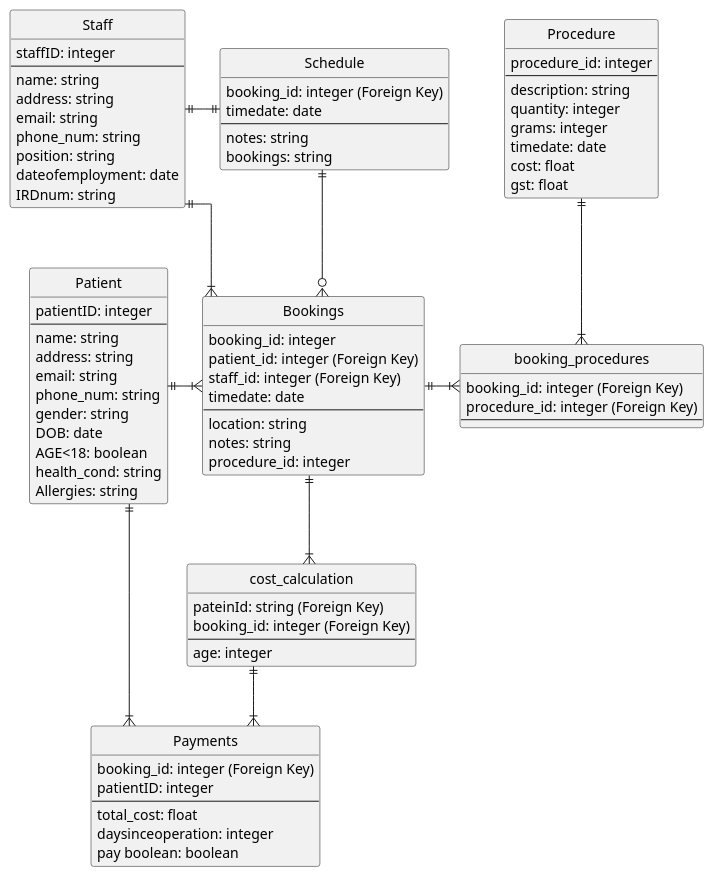
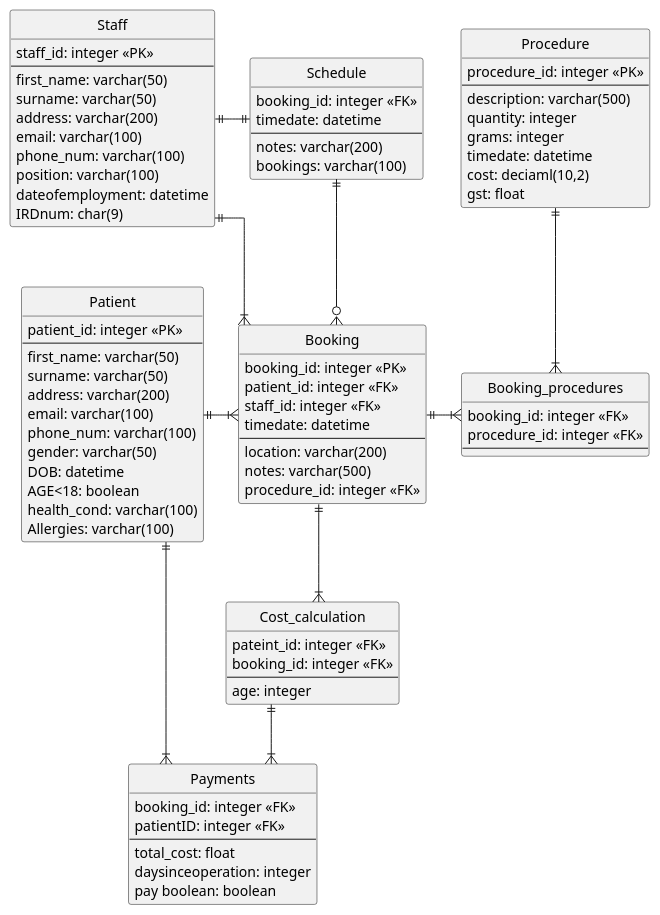
One commit to yosyu218/COSC344 changed the diagram in ERD.puml. Above: the diagram before and after it, drawn with PlantUML.

Commit message:
Changed the types for each entity.

```diff
--- a/ERD.puml
+++ b/ERD.puml
@@ -1,93 +1,97 @@
 @startuml
 skinparam Style StrictUML
 skinparam Linetype ortho 
 
 
 
-class Patient {
-    patientID: integer 
+entity "Patient" as patient {
+    patient_id: integer <<PK>>
     --
-    name: string
-    address: string
-    email: string
-    phone_num: string
-    gender: string
-    DOB: date
+    first_name: varchar(50)
+    surname: varchar(50)
+    address: varchar(200)
+    email: varchar(100)
+    phone_num: varchar(100)
+    gender: varchar(50)
+    DOB: datetime
     AGE<18: boolean
-    health_cond: string
-    Allergies: string
+    health_cond: varchar(100)
+    Allergies: varchar(100)
 }
 
-class Staff {
-    staffID: integer
+entity "Staff" as staff {
+    staff_id: integer <<PK>>
     --
-    name: string
-    address: string
-    email: string
-    phone_num: string
-    position: string
-    dateofemployment: date
-    IRDnum: string
+    first_name: varchar(50)
+    surname: varchar(50)
+    address: varchar(200) 
+    email: varchar(100)
+    phone_num: varchar(100)
+    position: varchar(100)
+    dateofemployment: datetime
+    IRDnum: char(9)
+    ' IRDnum is either 8 or 9 digits however, if its 8 an 0 is added at the front making it a 9 digit number
 }
 
-class Bookings {
-    booking_id: integer
-    patient_id: integer (Foreign Key)
-    staff_id: integer (Foreign Key)
-    timedate: date
+entity "Booking" as booking {
+    booking_id: integer <<PK>>
+    patient_id: integer <<FK>>
+    staff_id: integer <<FK>>
+    timedate: datetime
     --
-    location: string
-    notes: string
-    procedure_id: integer
+    location: varchar(200)
+    notes: varchar(500)
+    procedure_id: integer <<FK>>
 }
 
-class Procedure {
-    procedure_id: integer
+entity "Procedure" as procedure {
+    procedure_id: integer <<PK>>
     --
-    description: string
+    description: varchar(500)
     quantity: integer
     grams: integer
-    timedate: date
-    cost: float
+    timedate: datetime
+    ' timedate to roughly know how long each procedure takes
+    cost: deciaml(10,2)
     gst: float
 }
 
-class booking_procedures {
-    booking_id: integer (Foreign Key)
-    procedure_id: integer (Foreign Key)
+entity "Booking_procedures" as booking_procedures{
+    booking_id: integer <<FK>>
+    procedure_id: integer <<FK>>
     --
 }
 
-class Schedule {
-    booking_id: integer (Foreign Key)
-    timedate: date
+entity "Schedule" as schedule {
+    booking_id: integer <<FK>>
+    timedate: datetime
     --
-    notes: string
-    bookings: string
+    notes: varchar(200)
+    bookings: varchar(100)
 }
 
-class Payments {
-    booking_id: integer (Foreign Key)
-    patientID: integer
+entity "Payments" as payments {
+    booking_id: integer <<FK>>
+    patientID: integer <<FK>>
     --
     total_cost: float
     daysinceoperation: integer
     pay boolean: boolean
 }
 
-class cost_calculation {
-    pateinId: string (Foreign Key)
-    booking_id: integer (Foreign Key)
+entity "Cost_calculation" as cost_calculation {
+    pateint_id: integer <<FK>>
+    booking_id: integer <<FK>>
     --
     age: integer
 }
-Patient ||-|{ Bookings
-Staff ||--|{ Bookings
-Bookings ||-|{ booking_procedures
-Procedure ||--|{ booking_procedures
-Schedule ||-o{ Bookings
-Staff ||-|| Schedule
-Bookings ||--|{cost_calculation
-cost_calculation ||--|{ Payments
-Patient ||-|{ Payments
+patient ||-|{ booking
+staff ||--|{ booking
+booking ||-|{ booking_procedures
+procedure ||--|{ booking_procedures
+schedule ||-o{ booking
+staff ||-|| schedule
+booking ||--|{cost_calculation
+cost_calculation ||--|{ payments
+patient ||-|{ payments
 @enduml
```
